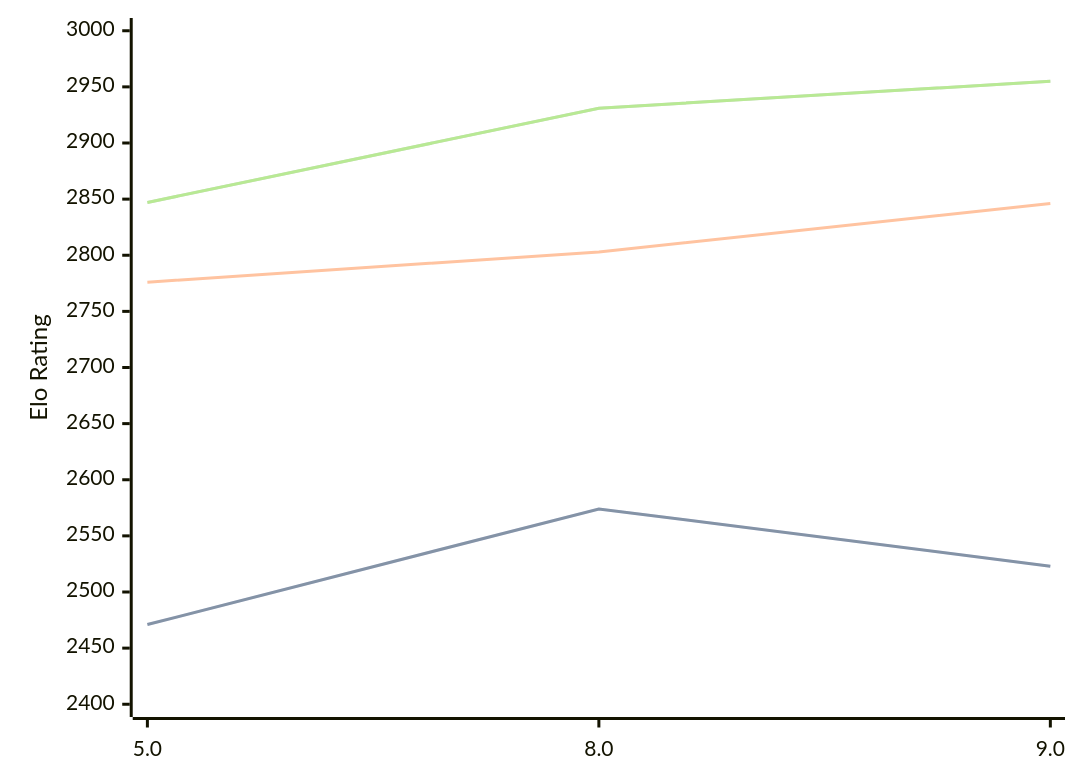
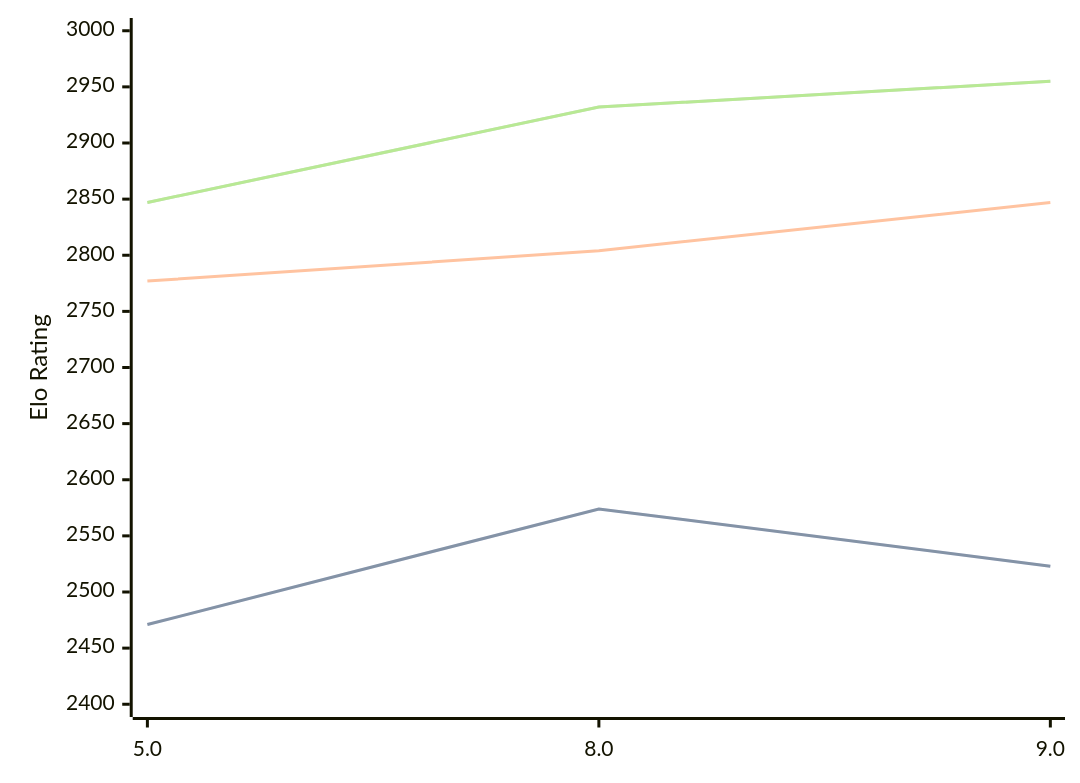
Before and after one commit to computer-chess-index/cci: the diagram in engines/4kc.md, drawn with Mermaid. The commit also changed other lines of this file, not shown here.

Commit message:
Update CCI Ratings (ELO VLTC) - 2026-07-22

````diff
--- a/engines/4kc.md
+++ b/engines/4kc.md
@@ -42,11 +42,11 @@
 ```mermaid
 %%{init: {"theme":"base","themeVariables":{"seriesColors:['#a3a3a3','#222221','#faa371']}}}%%
 xychart-beta
   x-axis ["5.0", "8.0", "9.0"]
   y-axis "Elo Rating" 2400 --> 3000
   line "STC (8.0+0.08s)" [2471, 2574, 2523]
   line "STC (8.0+0.08s)" [2471, 2574, 2523]
-  line "LTC (60.0+0.60s)" [2776, 2803, 2846]
-  line "VLTC (2m24s+1.12s)" [2847, 2931, 2955]
-  line "VLTC (2m24s+1.12s)" [2847, 2931, 2955]
+  line "LTC (60.0+0.60s)" [2777, 2804, 2847]
+  line "VLTC (2m24s+1.12s)" [2847, 2932, 2955]
+  line "VLTC (2m24s+1.12s)" [2847, 2932, 2955]
 ```
````
